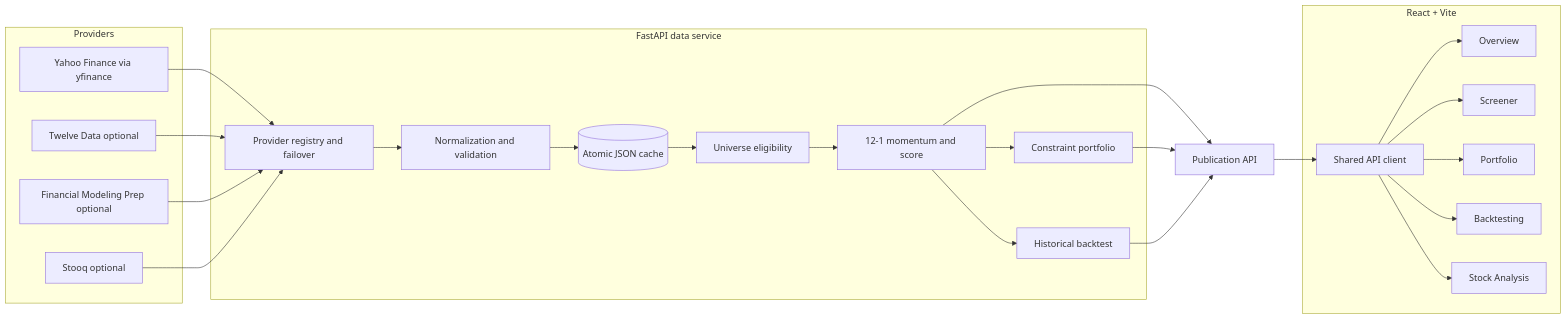
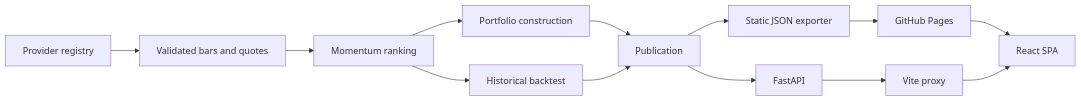
The diagram in docs/TECHNICAL_DOCUMENTATION.md (andyttc05/us-momentum-terminal), drawn with Mermaid before and after one commit. The commit also changed other lines of this file and 304 other files, not shown here.

````diff
--- a/docs/TECHNICAL_DOCUMENTATION.md
+++ b/docs/TECHNICAL_DOCUMENTATION.md
@@ -8,48 +14,15 @@
 ```mermaid
 flowchart LR
-    subgraph Providers
-        Y[Yahoo Finance via yfinance]
-        T[Twelve Data optional]
-        F[Financial Modeling Prep optional]
-        S[Stooq optional]
-    end
-
-    subgraph Backend["FastAPI data service"]
-        R[Provider registry and failover]
-        V[Normalization and validation]
-        C[(Atomic JSON cache)]
-        U[Universe eligibility]
-        M[12-1 momentum and score]
-        P[Constraint portfolio]
-        B[Historical backtest]
-    end
-
-    subgraph Frontend["React + Vite"]
-        A[Shared API client]
-        O[Overview]
-        Q[Screener]
-        D[Portfolio]
-        H[Backtesting]
-        X[Stock Analysis]
-    end
-
-    Y --> R
-    T --> R
-    F --> R
-    S --> R
-    R --> V
-    V --> C
-    C --> U
-    U --> M
-    M --> P
-    M --> B
-    M --> API[Publication API]
-    P --> API
-    B --> API
-    API --> A
-    A --> O
-    A --> Q
-    A --> D
-    A --> H
-    A --> X
+    Provider[Provider registry] --> Bars[Validated bars and quotes]
+    Bars --> Momentum[Momentum ranking]
+    Momentum --> Portfolio[Portfolio construction]
+    Momentum --> Backtest[Historical backtest]
+    Portfolio --> Publish[Publication]
+    Backtest --> Publish
+    Publish --> Static[Static JSON exporter]
+    Publish --> API[FastAPI]
+    Static --> Pages[GitHub Pages]
+    API --> Vite[Vite proxy]
+    Pages --> React[React SPA]
+    Vite --> React
 ```
````
